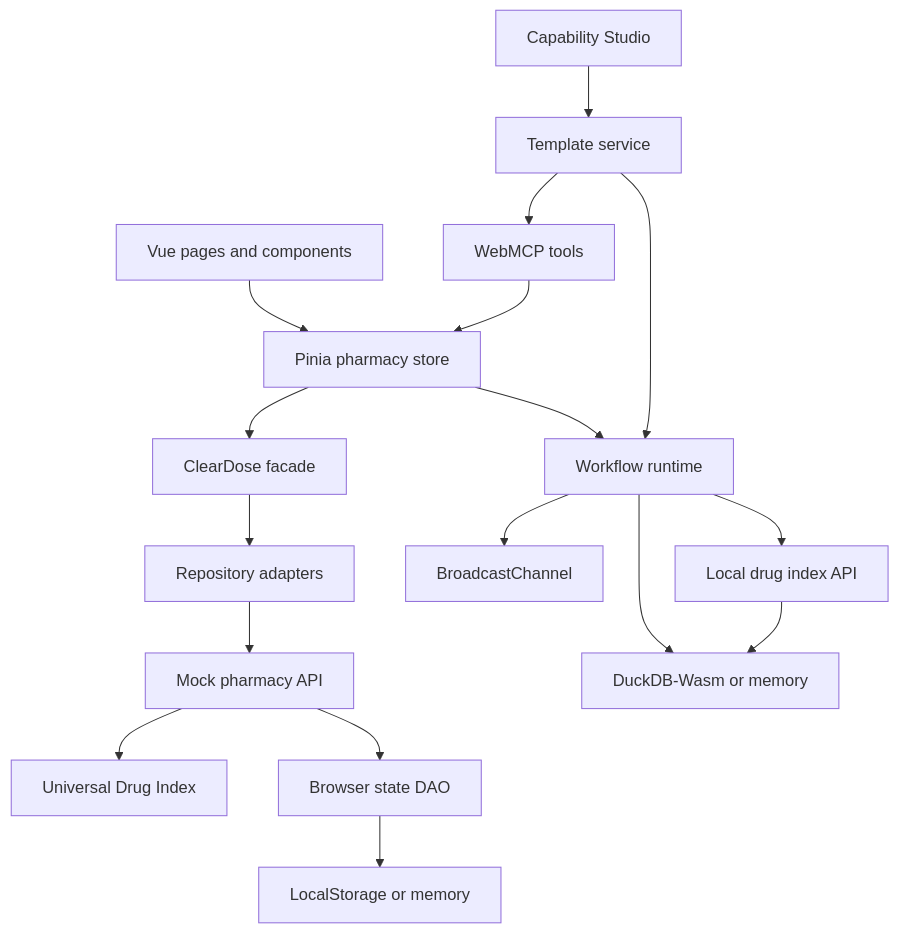
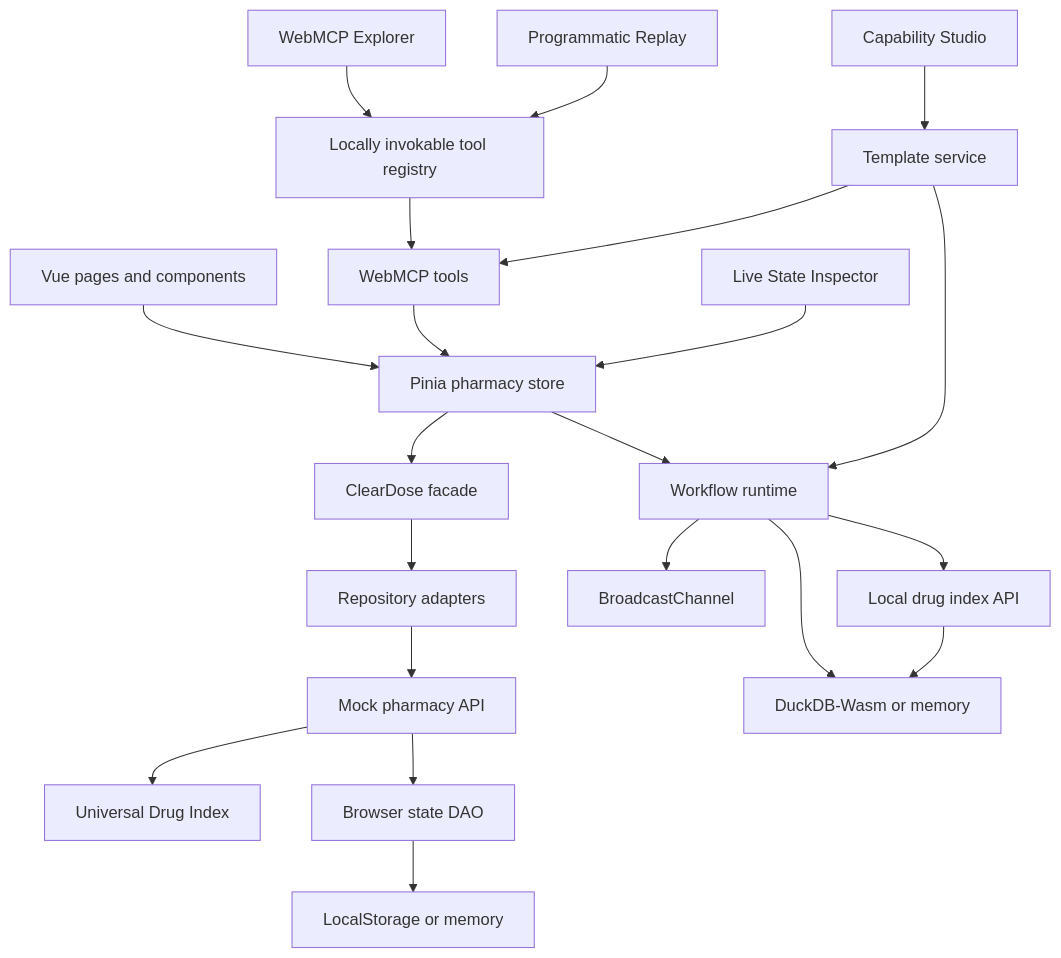
The diagram in docs/ARCHITECTURE.md (bclonan/cleardose), drawn with Mermaid before and after one commit. The commit also changed other lines of this file and 99 other files, not shown here.

````diff
--- a/docs/ARCHITECTURE.md
+++ b/docs/ARCHITECTURE.md
@@ -3,19 +3,23 @@
 ```mermaid
 flowchart TD
   UI[Vue pages and components] --> Store[Pinia pharmacy store]
   Tools[WebMCP tools] --> Store
+  Explorer[WebMCP Explorer] --> Registry[Locally invokable tool registry]
+  Replay[Programmatic Replay] --> Registry
+  Registry --> Tools
   Store --> Facade[ClearDose facade]
   Store --> Runtime[Workflow runtime]
+  Inspector[Live State Inspector] --> Store
   Studio[Capability Studio] --> Templates[Template service]
   Templates --> Runtime
   Templates --> Tools
   Facade --> Repos[Repository adapters]
   Repos --> API[Mock pharmacy API]
   API --> UDI[Universal Drug Index]
   API --> DAO[Browser state DAO]
   DAO --> Storage[LocalStorage or memory]
   Runtime --> FlowDB[DuckDB-Wasm or memory]
   Runtime --> Channel[BroadcastChannel]
   Runtime --> LocalAPI[Local drug index API]
   LocalAPI --> FlowDB
 ```
````
